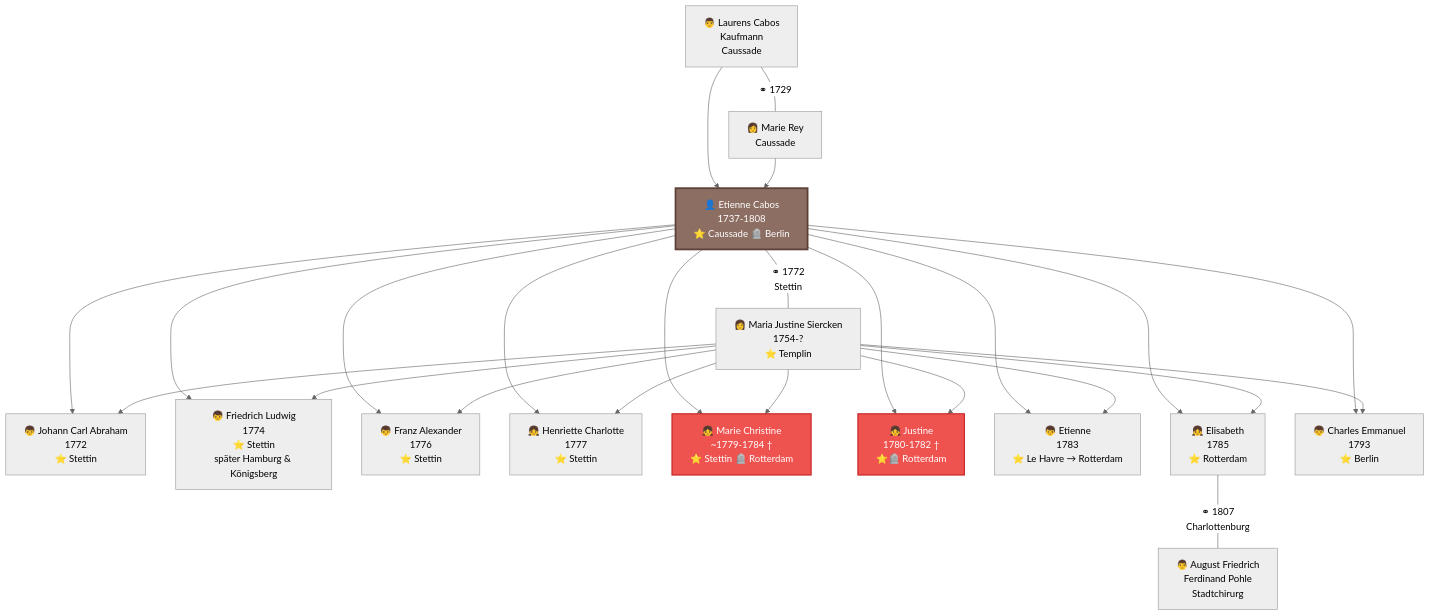
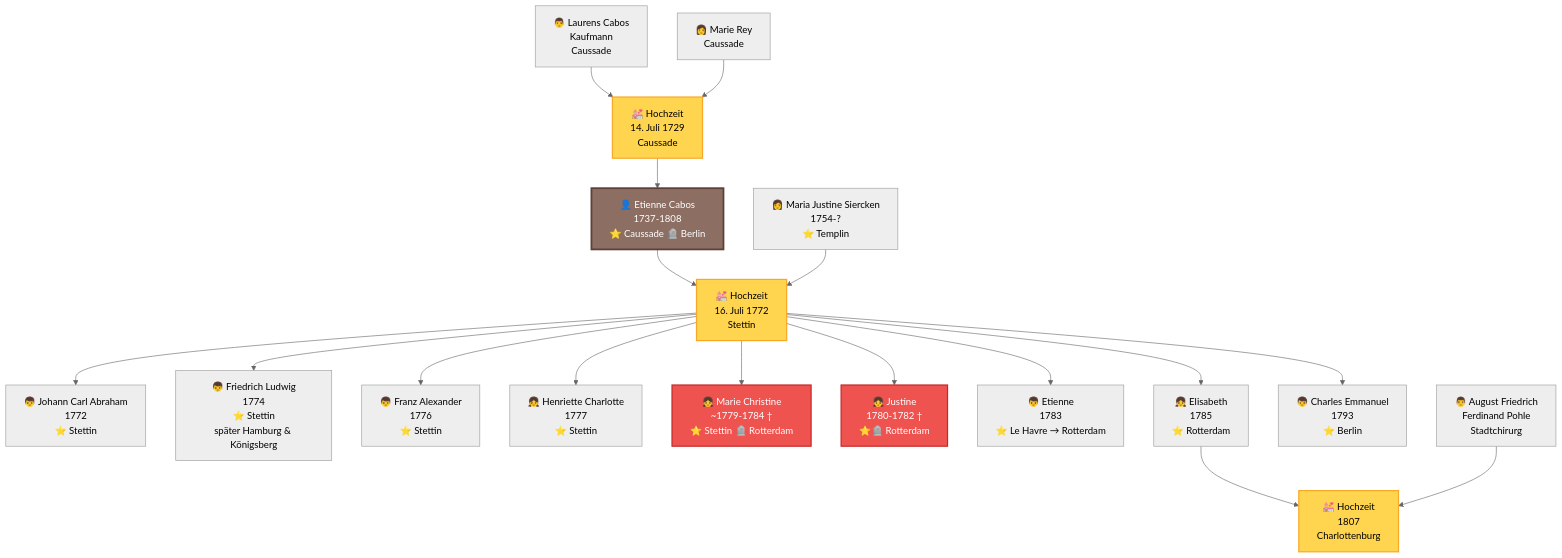
Before and after one commit to ccabos/Etienne: the first of 2 diagrams in docs/stammbaum.md, drawn with Mermaid (neutral theme). The commit also changed other lines of this file, not shown here.

Commit message:
Improve family tree diagram structure
- Make marriages separate nodes with marriage emoji 💒
- Place spouses on same level connecting to marriage node
- Children now stem from marriage nodes (clearer genealogy)
- Add golden highlighting for marriage nodes
- Update legend to explain new structure

````diff
--- a/docs/stammbaum.md
+++ b/docs/stammbaum.md
@@ -9,45 +9,34 @@
 ```mermaid
 graph TD
-    A["👨 Laurens Cabos<br/>Kaufmann<br/>Caussade"] ---|⚭ 1729| B["👩 Marie Rey<br/>Caussade"]
+    A["👨 Laurens Cabos<br/>Kaufmann<br/>Caussade"] --> H1["💒 Hochzeit<br/>14. Juli 1729<br/>Caussade"]
+    B["👩 Marie Rey<br/>Caussade"] --> H1
 
-    A --> C["👤 Etienne Cabos<br/>1737-1808<br/>⭐ Caussade 🪦 Berlin"]
-    B --> C
+    H1 --> C["👤 Etienne Cabos<br/>1737-1808<br/>⭐ Caussade 🪦 Berlin"]
 
-    C ---|⚭ 1772<br/>Stettin| D["👩 Maria Justine Siercken<br/>1754-?<br/>⭐ Templin"]
+    C --> H2["💒 Hochzeit<br/>16. Juli 1772<br/>Stettin"]
+    D["👩 Maria Justine Siercken<br/>1754-?<br/>⭐ Templin"] --> H2
 
-    C --> E1["👦 Johann Carl Abraham<br/>1772<br/>⭐ Stettin"]
-    D --> E1
+    H2 --> E1["👦 Johann Carl Abraham<br/>1772<br/>⭐ Stettin"]
+    H2 --> E2["👦 Friedrich Ludwig<br/>1774<br/>⭐ Stettin<br/>später Hamburg & Königsberg"]
+    H2 --> E3["👦 Franz Alexander<br/>1776<br/>⭐ Stettin"]
+    H2 --> E4["👧 Henriette Charlotte<br/>1777<br/>⭐ Stettin"]
+    H2 --> E5["👧 Marie Christine<br/>~1779-1784 †<br/>⭐ Stettin 🪦 Rotterdam"]
+    H2 --> E6["👧 Justine<br/>1780-1782 †<br/>⭐🪦 Rotterdam"]
+    H2 --> E7["👦 Etienne<br/>1783<br/>⭐ Le Havre → Rotterdam"]
+    H2 --> E8["👧 Elisabeth<br/>1785<br/>⭐ Rotterdam"]
+    H2 --> E9["👦 Charles Emmanuel<br/>1793<br/>⭐ Berlin"]
 
-    C --> E2["👦 Friedrich Ludwig<br/>1774<br/>⭐ Stettin<br/>später Hamburg & Königsberg"]
-    D --> E2
-
-    C --> E3["👦 Franz Alexander<br/>1776<br/>⭐ Stettin"]
-    D --> E3
-
-    C --> E4["👧 Henriette Charlotte<br/>1777<br/>⭐ Stettin"]
-    D --> E4
-
-    C --> E5["👧 Marie Christine<br/>~1779-1784 †<br/>⭐ Stettin 🪦 Rotterdam"]
-    D --> E5
-
-    C --> E6["👧 Justine<br/>1780-1782 †<br/>⭐🪦 Rotterdam"]
-    D --> E6
-
-    C --> E7["👦 Etienne<br/>1783<br/>⭐ Le Havre → Rotterdam"]
-    D --> E7
-
-    C --> E8["👧 Elisabeth<br/>1785<br/>⭐ Rotterdam"]
-    D --> E8
-
-    C --> E9["👦 Charles Emmanuel<br/>1793<br/>⭐ Berlin"]
-    D --> E9
-
-    E8 ---|⚭ 1807<br/>Charlottenburg| F["👨 August Friedrich<br/>Ferdinand Pohle<br/>Stadtchirurg"]
+    E8 --> H3["💒 Hochzeit<br/>1807<br/>Charlottenburg"]
+    F["👨 August Friedrich<br/>Ferdinand Pohle<br/>Stadtchirurg"] --> H3
 
     style C fill:#8d6e63,stroke:#5d4037,stroke-width:3px,color:#fff
     style E5 fill:#ef5350,stroke:#c62828,stroke-width:2px,color:#fff
     style E6 fill:#ef5350,stroke:#c62828,stroke-width:2px,color:#fff
+    style H1 fill:#ffd54f,stroke:#f9a825,stroke-width:2px
+    style H2 fill:#ffd54f,stroke:#f9a825,stroke-width:2px
+    style H3 fill:#ffd54f,stroke:#f9a825,stroke-width:2px
 
     classDef mainPerson fill:#8d6e63,stroke:#5d4037,stroke-width:3px,color:#fff
     classDef deceased fill:#ef5350,stroke:#c62828,stroke-width:2px,color:#fff
+    classDef marriage fill:#ffd54f,stroke:#f9a825,stroke-width:2px
 ```
````
